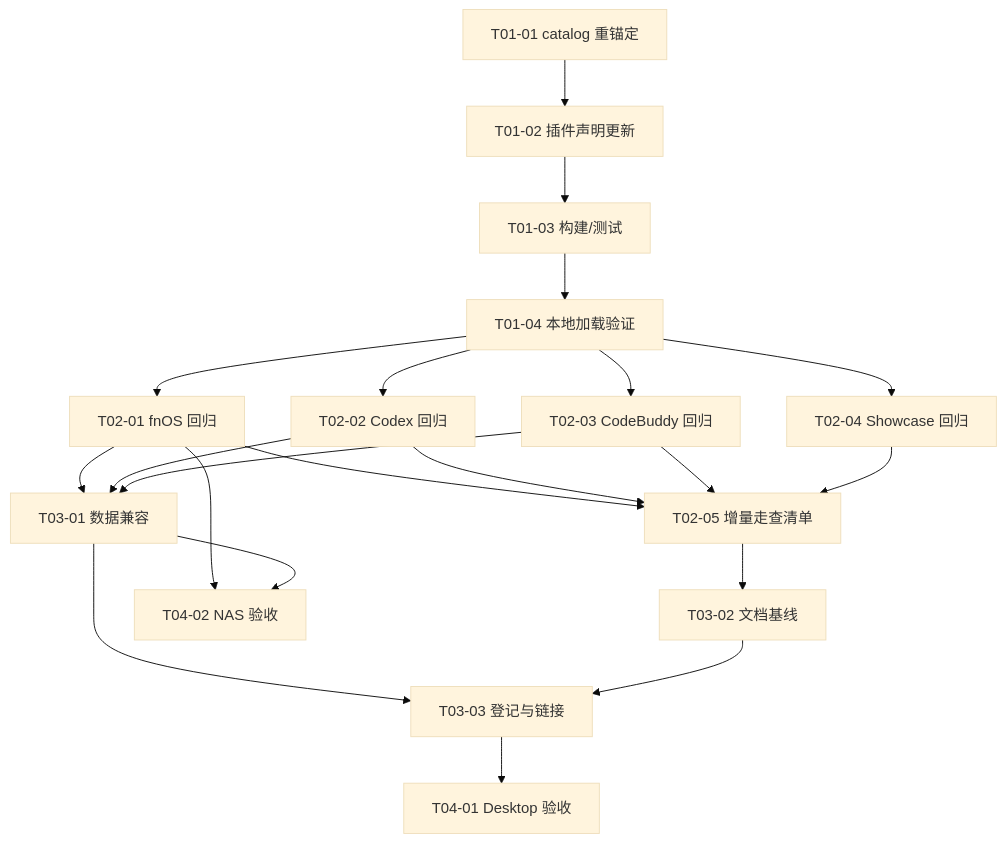
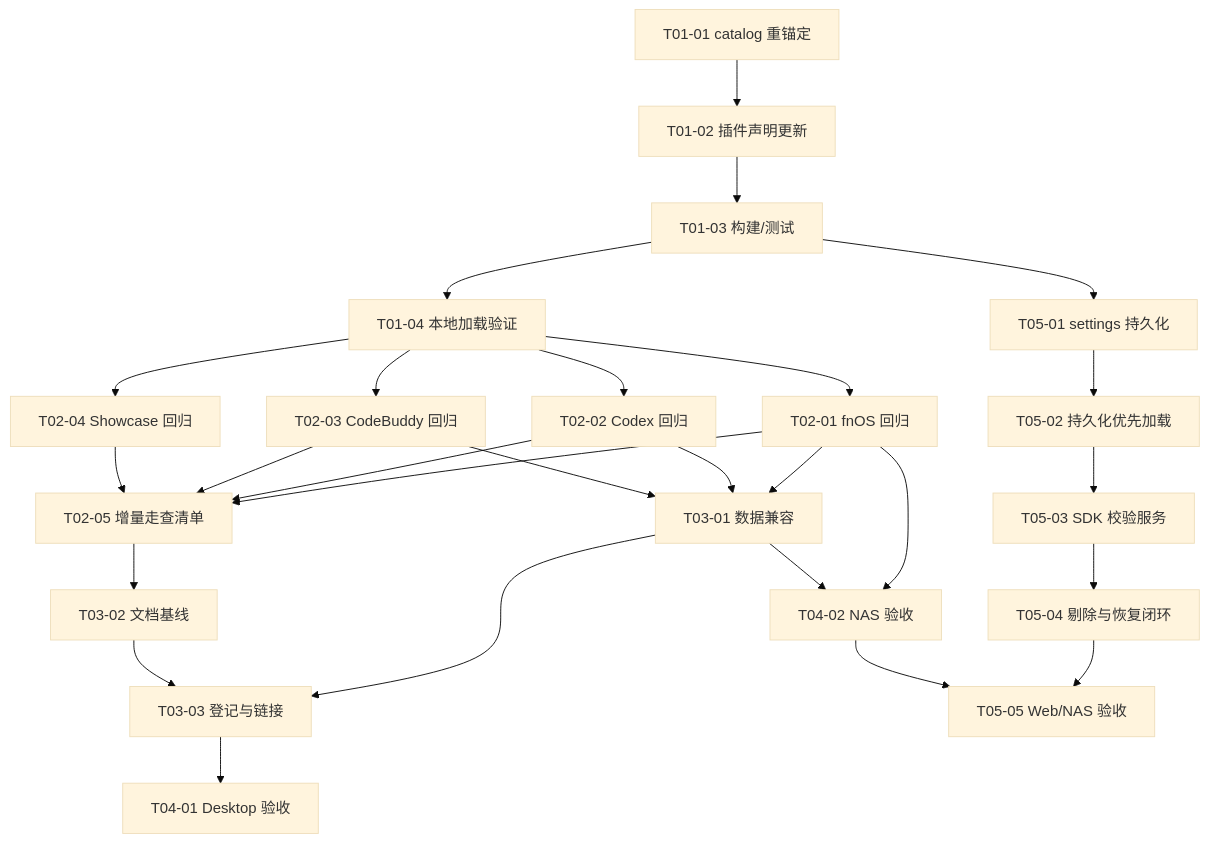
One commit to FNOSP/fnos-dsh changed the fifth of 5 diagrams in docs/plans/PLAN-FNOS-009-dsh-020-rc2-adaptation.md. Above: the diagram before and after it, drawn with Mermaid (base theme). The commit also changed other lines of this file and 3 other files, not shown here.

````diff
--- a/docs/plans/PLAN-FNOS-009-dsh-020-rc2-adaptation.md
+++ b/docs/plans/PLAN-FNOS-009-dsh-020-rc2-adaptation.md
@@ -187,23 +257,29 @@
 ```mermaid
 flowchart TD
     T01a[T01-01 catalog 重锚定] --> T01b[T01-02 插件声明更新]
     T01b --> T01c[T01-03 构建/测试]
     T01c --> T01d[T01-04 本地加载验证]
     T01d --> T02a[T02-01 fnOS 回归]
     T01d --> T02b[T02-02 Codex 回归]
     T01d --> T02c[T02-03 CodeBuddy 回归]
     T01d --> T02d[T02-04 Showcase 回归]
     T02a --> T02e[T02-05 增量走查清单]
     T02b --> T02e
     T02c --> T02e
     T02d --> T02e
     T02a --> T03a[T03-01 数据兼容]
     T02b --> T03a
     T02c --> T03a
     T02e --> T03b[T03-02 文档基线]
     T03a --> T03c[T03-03 登记与链接]
     T03b --> T03c
     T03c --> T04a[T04-01 Desktop 验收]
     T02a --> T04b[T04-02 NAS 验收]
     T03a --> T04b
+    T01c --> T05a[T05-01 settings 持久化]
+    T05a --> T05b[T05-02 持久化优先加载]
+    T05b --> T05c[T05-03 SDK 校验服务]
+    T05c --> T05d[T05-04 剔除与恢复闭环]
+    T05d --> T05e[T05-05 Web/NAS 验收]
+    T04b --> T05e
 ```
````
